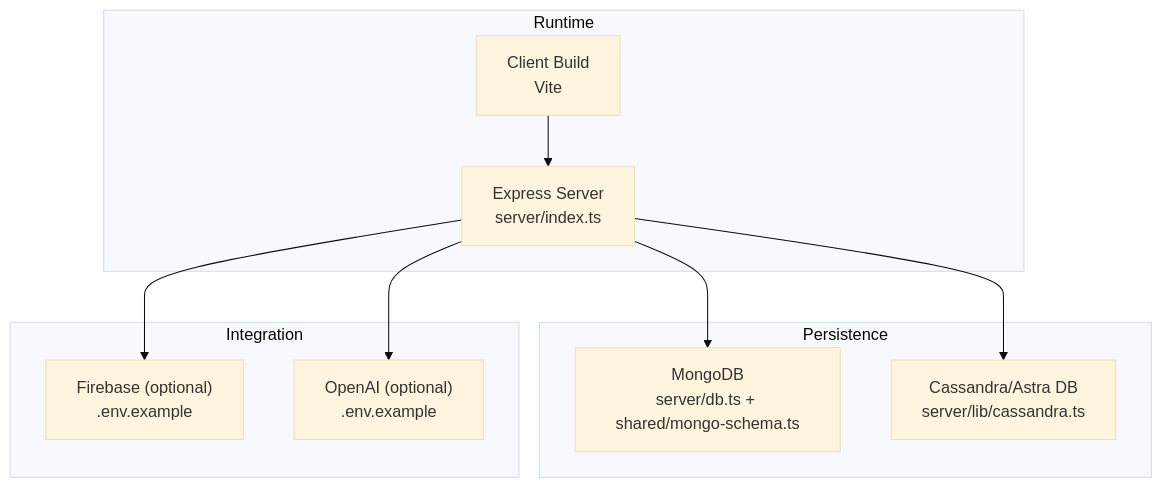
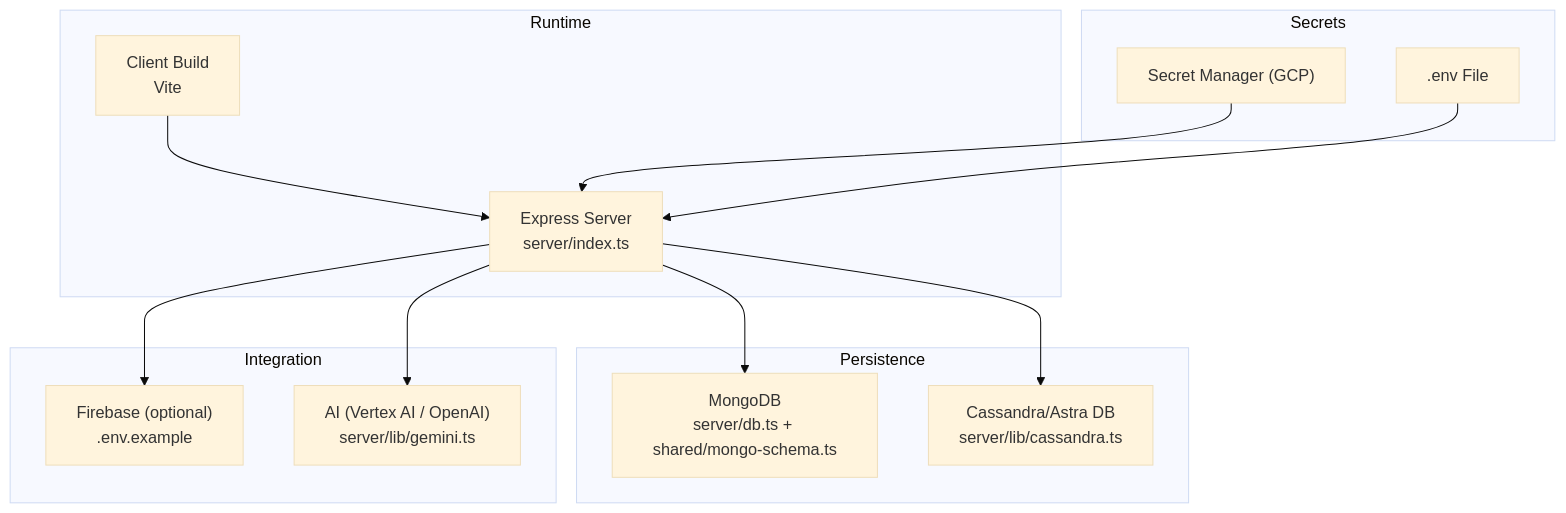
The first of 5 diagrams in docs/code-wiki/content/Deployment & DevOps/Infrastructure & Monitoring.md (nitishssh/Class-mode), drawn with Mermaid (base theme) before and after one commit. The commit also changed other lines of this file and 4 other files, not shown here.

Commit message:
docs(wiki): update architecture and deployment guides for version 1.2.0

````diff
--- a/docs/code-wiki/content/Deployment & DevOps/Infrastructure & Monitoring.md
+++ b/docs/code-wiki/content/Deployment & DevOps/Infrastructure & Monitoring.md
@@ -51,20 +52,26 @@
 ```mermaid
 graph TB
 subgraph "Runtime"
 S["Express Server<br/>server/index.ts"]
 C["Client Build<br/>Vite"]
 end
 subgraph "Persistence"
 M["MongoDB<br/>server/db.ts + shared/mongo-schema.ts"]
 K["Cassandra/Astra DB<br/>server/lib/cassandra.ts"]
 end
 subgraph "Integration"
 F["Firebase (optional)<br/>.env.example"]
-O["OpenAI (optional)<br/>.env.example"]
+O["AI (Vertex AI / OpenAI)<br/>server/lib/gemini.ts"]
+end
+subgraph "Secrets"
+SM["Secret Manager (GCP)"]
+EV[".env File"]
 end
 S --> M
 S --> K
 S --> F
 S --> O
 C --> S
+SM --> S
+EV --> S
 ```
````
